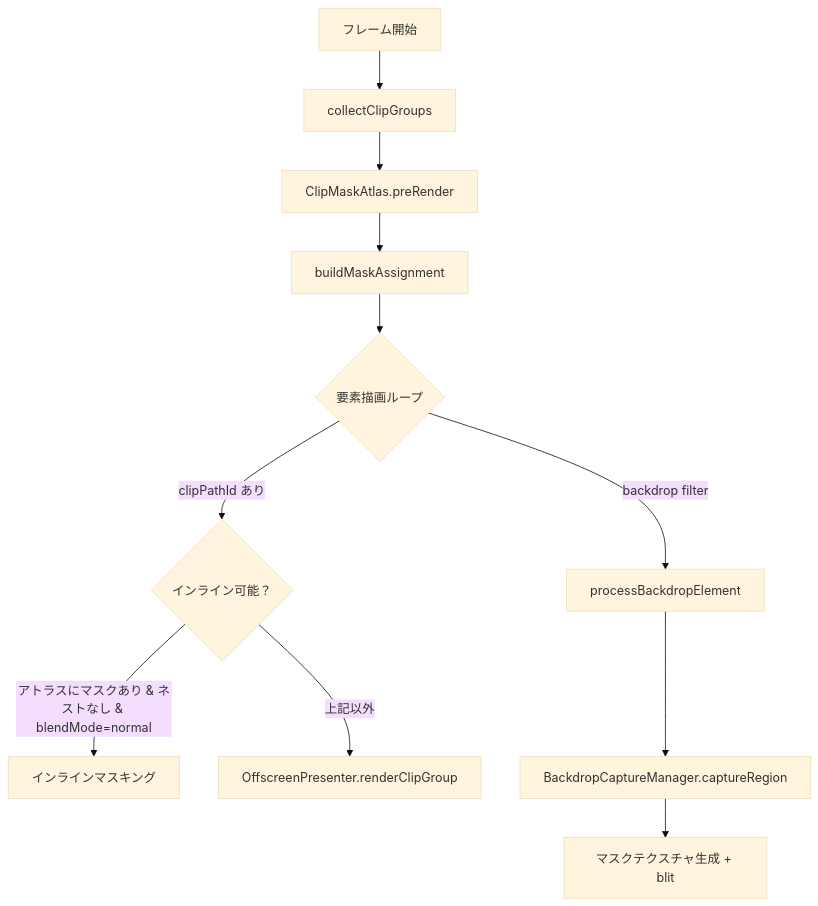
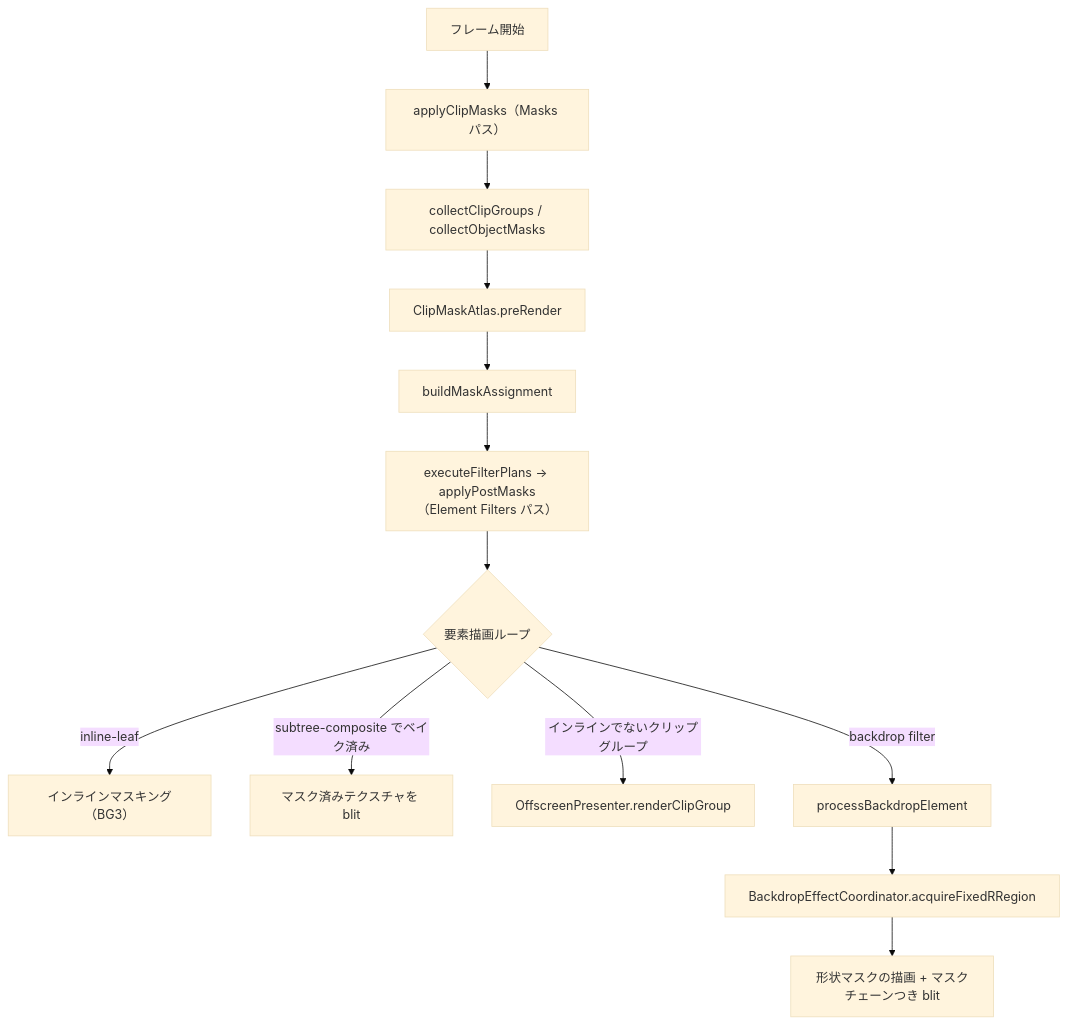
Before and after one commit to hanakla/paplico: the first of 2 diagrams in pkgs/web/src/app/devdocs/renderer/clipping/page.mdx, drawn with Mermaid (base theme). The commit also changed other lines of this file and 37 other files, not shown here.

````diff
--- a/pkgs/web/src/app/devdocs/renderer/clipping/page.mdx
+++ b/pkgs/web/src/app/devdocs/renderer/clipping/page.mdx
@@ -20,15 +22,16 @@
 ```mermaid
 flowchart TD
-    A[フレーム開始] --> B[collectClipGroups]
-    B --> C[ClipMaskAtlas.preRender]
+    A[フレーム開始] --> B["applyClipMasks（Masks パス）"]
+    B --> B1[collectClipGroups / collectObjectMasks]
+    B1 --> C[ClipMaskAtlas.preRender]
     C --> D[buildMaskAssignment]
-    D --> E{要素描画ループ}
+    D --> D1["executeFilterPlans → applyPostMasks（Element Filters パス）"]
+    D1 --> E{要素描画ループ}
 
-    E -->|clipPathId あり| F{インライン可能？}
-    F -->|"アトラスにマスクあり &amp; ネストなし &amp; blendMode=normal"| G[インラインマスキング]
-    F -->|上記以外| H[OffscreenPresenter.renderClipGroup]
-
+    E -->|inline-leaf| G["インラインマスキング（BG3）"]
+    E -->|"subtree-composite でベイク済み"| P[マスク済みテクスチャを blit]
+    E -->|インラインでないクリップグループ| H[OffscreenPresenter.renderClipGroup]
     E -->|backdrop filter| I[processBackdropElement]
-    I --> J[BackdropCaptureManager.captureRegion]
-    J --> K[マスクテクスチャ生成 + blit]
+    I --> J[BackdropEffectCoordinator.acquireFixedRRegion]
+    J --> K["形状マスクの描画 + マスクチェーンつき blit"]
 ```
````
